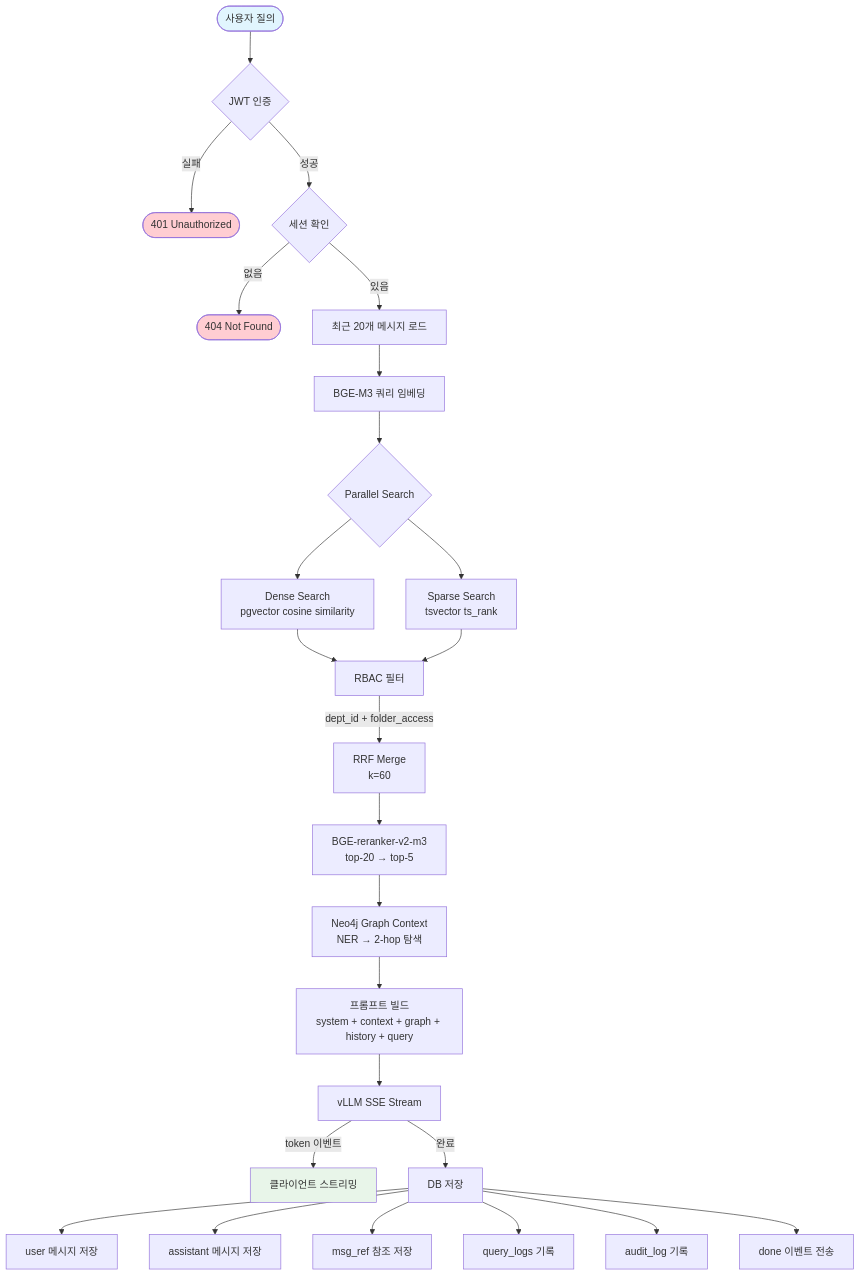
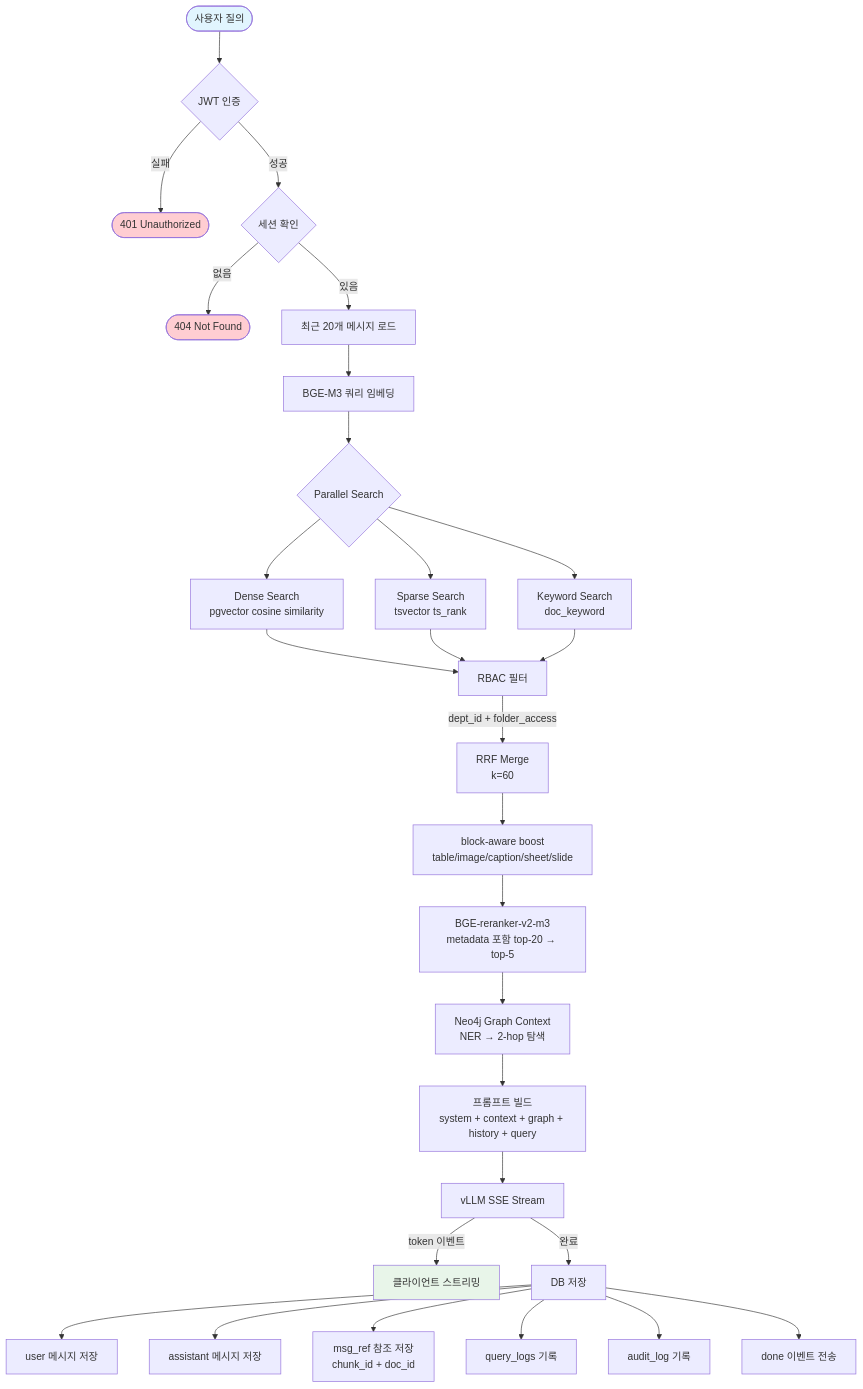
One commit to Saeeeae/llm-pdf-qa changed the third of 5 diagrams in docs/flowcharts.md. Above: the diagram before and after it, drawn with Mermaid. The commit also changed other lines of this file and 25 other files, not shown here.

````diff
--- a/docs/flowcharts.md
+++ b/docs/flowcharts.md
@@ -156,42 +165,45 @@
 ```mermaid
 flowchart TD
     START([사용자 질의]) --> AUTH{JWT 인증}
     AUTH -->|실패| ERR401([401 Unauthorized])
     AUTH -->|성공| SESSION{세션 확인}
     SESSION -->|없음| ERR404([404 Not Found])
     SESSION -->|있음| HISTORY[최근 20개 메시지 로드]
 
     HISTORY --> EMBED[BGE-M3 쿼리 임베딩]
 
     EMBED --> SEARCH{Parallel Search}
     SEARCH --> DENSE[Dense Search<br/>pgvector cosine similarity]
     SEARCH --> SPARSE[Sparse Search<br/>tsvector ts_rank]
+    SEARCH --> KEYWORD[Keyword Search<br/>doc_keyword]
 
     DENSE --> RBAC[RBAC 필터]
     SPARSE --> RBAC
+    KEYWORD --> RBAC
     RBAC -->|dept_id + folder_access| RRF[RRF Merge<br/>k=60]
 
-    RRF --> RERANK[BGE-reranker-v2-m3<br/>top-20 → top-5]
+    RRF --> BOOST[block-aware boost<br/>table/image/caption/sheet/slide]
+    BOOST --> RERANK[BGE-reranker-v2-m3<br/>metadata 포함 top-20 → top-5]
 
     RERANK --> GRAPH[Neo4j Graph Context<br/>NER → 2-hop 탐색]
 
     GRAPH --> PROMPT[프롬프트 빌드<br/>system + context + graph + history + query]
 
     PROMPT --> STREAM[vLLM SSE Stream]
 
     STREAM -->|token 이벤트| CLIENT[클라이언트 스트리밍]
     STREAM -->|완료| SAVE
 
     SAVE[DB 저장]
     SAVE --> MSG_U[user 메시지 저장]
     SAVE --> MSG_A[assistant 메시지 저장]
-    SAVE --> REFS[msg_ref 참조 저장]
+    SAVE --> REFS[msg_ref 참조 저장<br/>chunk_id + doc_id]
     SAVE --> QLOG[query_logs 기록]
     SAVE --> ALOG[audit_log 기록]
     SAVE --> DONE_EVT[done 이벤트 전송]
 
     style START fill:#e1f5fe
     style CLIENT fill:#e8f5e9
     style ERR401 fill:#ffcdd2
     style ERR404 fill:#ffcdd2
 ```
````
